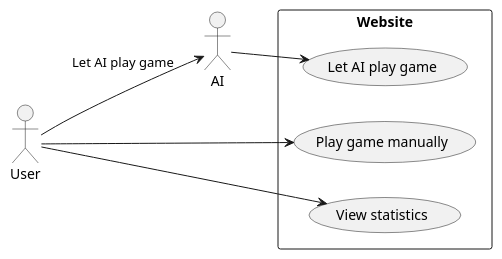
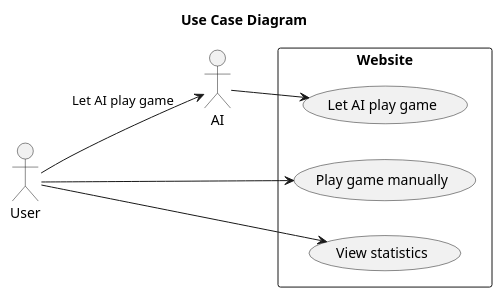
The diagram in Analyse/UseCase.puml (matissecallewaert/ai-tetris), drawn with PlantUML before and after one commit. The commit also changed 3 other files, not shown here.

Commit message:
Analyse: Add title to class diagrams

```diff
--- a/Analyse/UseCase.puml
+++ b/Analyse/UseCase.puml
@@ -1,14 +1,17 @@
 @startuml Teturisu
+
+title ==Use Case Diagram==
+
 left to right direction
 actor "User" as user
 actor "AI" as AI
 rectangle Website {
     (Play game manually) as UC1
     (Let AI play game) as UC2
     (View statistics) as UC3
 }
 user --> UC1
 user --> UC3
 user --> AI: Let AI play game
 AI --> UC2
 @enduml
```
